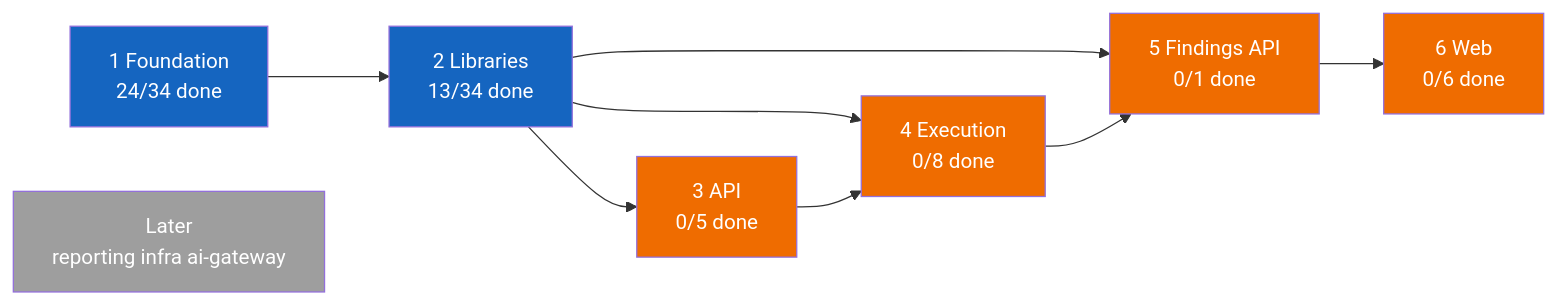
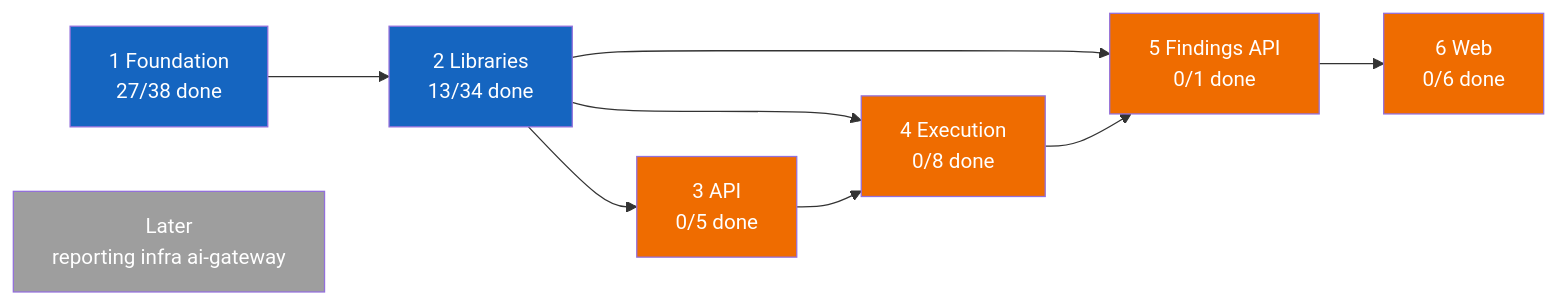
Before and after one commit to vulcanflow/docs: the first of 2 diagrams in PROGRESS.md, drawn with Mermaid. The commit also changed other lines of this file and 1 other file, not shown here.

````diff
--- a/PROGRESS.md
+++ b/PROGRESS.md
@@ -24,31 +24,31 @@
 ```mermaid
 flowchart LR
-  P1["1 Foundation<br/>24/34 done"]
+  P1["1 Foundation<br/>27/38 done"]
   P2["2 Libraries<br/>13/34 done"]
   P3["3 API<br/>0/5 done"]
   P4["4 Execution<br/>0/8 done"]
   P5["5 Findings API<br/>0/1 done"]
   P6["6 Web<br/>0/6 done"]
   L["Later<br/>reporting infra ai-gateway"]
 
   P1 --> P2
   P2 --> P3
   P2 --> P4
   P3 --> P4
   P2 --> P5
   P4 --> P5
   P5 --> P6
 
   classDef done fill:#2e7d32,color:#fff
   classDef active fill:#1565c0,color:#fff
   classDef held fill:#9e9e9e,color:#fff
   classDef blocked fill:#ef6c00,color:#fff
 
   class P1 active
   class P2 active
   class P3 blocked
   class P4 blocked
   class P5 blocked
   class P6 blocked
   class L held
 ```
````
